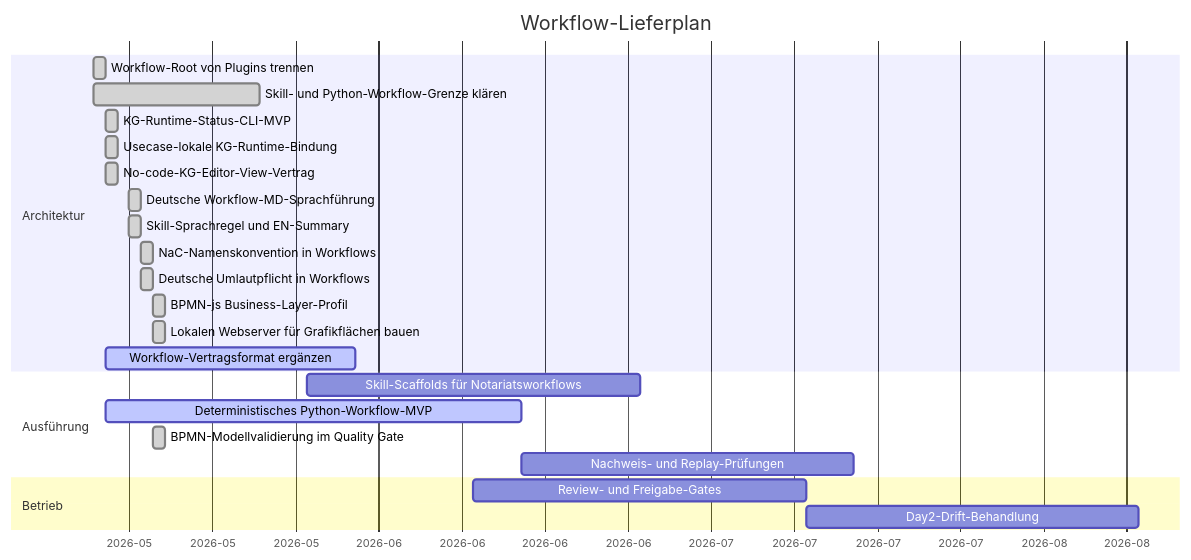
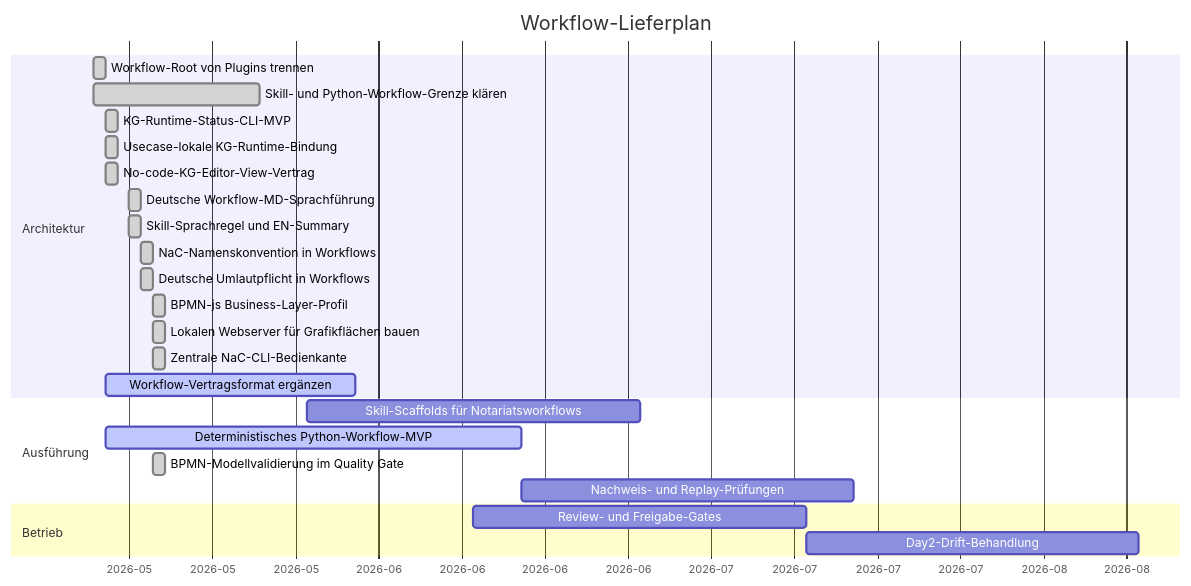
Before and after one commit to notariat8/NaC: the diagram in workflows/GANTT.md, drawn with Mermaid. The commit also changed other lines of this file and 52 other files, not shown here.

````diff
--- a/workflows/GANTT.md
+++ b/workflows/GANTT.md
@@ -5,30 +5,31 @@
 ```mermaid
 gantt
     title Workflow-Lieferplan
     dateFormat  YYYY-MM-DD
     axisFormat  %Y-%m
 
     section Architektur
     Workflow-Root von Plugins trennen          :done,   w1, 2026-05-14, 1d
     Skill- und Python-Workflow-Grenze klären  :done,   w2, 2026-05-14, 14d
     KG-Runtime-Status-CLI-MVP                  :done,   w3, 2026-05-15, 1d
     Usecase-lokale KG-Runtime-Bindung          :done,   w3a, 2026-05-15, 1d
     No-code-KG-Editor-View-Vertrag             :done,   w4a, 2026-05-15, 1d
     Deutsche Workflow-MD-Sprachführung        :done,   w4b, 2026-05-17, 1d
     Skill-Sprachregel und EN-Summary            :done,   w4c, 2026-05-17, 1d
     NaC-Namenskonvention in Workflows           :done,   w4d, 2026-05-18, 1d
     Deutsche Umlautpflicht in Workflows         :done,   w4e, 2026-05-18, 1d
     BPMN-js Business-Layer-Profil               :done,   w4f, 2026-05-19, 1d
     Lokalen Webserver für Grafikflächen bauen  :done,   w4g, 2026-05-19, 1d
+    Zentrale NaC-CLI-Bedienkante                :done,   w4h, 2026-05-19, 1d
     Workflow-Vertragsformat ergänzen          :active, w4, 2026-05-15, 21d
 
     section Ausführung
     Skill-Scaffolds für Notariatsworkflows    :        w5, 2026-06-01, 28d
     Deterministisches Python-Workflow-MVP      :active, w6, 2026-05-15, 35d
     BPMN-Modellvalidierung im Quality Gate      :done,   w6a, 2026-05-19, 1d
     Nachweis- und Replay-Prüfungen            :        w7, after w6, 28d
 
     section Betrieb
     Review- und Freigabe-Gates                 :        w8, 2026-06-15, 28d
     Day2-Drift-Behandlung                      :        w9, after w8, 28d
 ```
````
